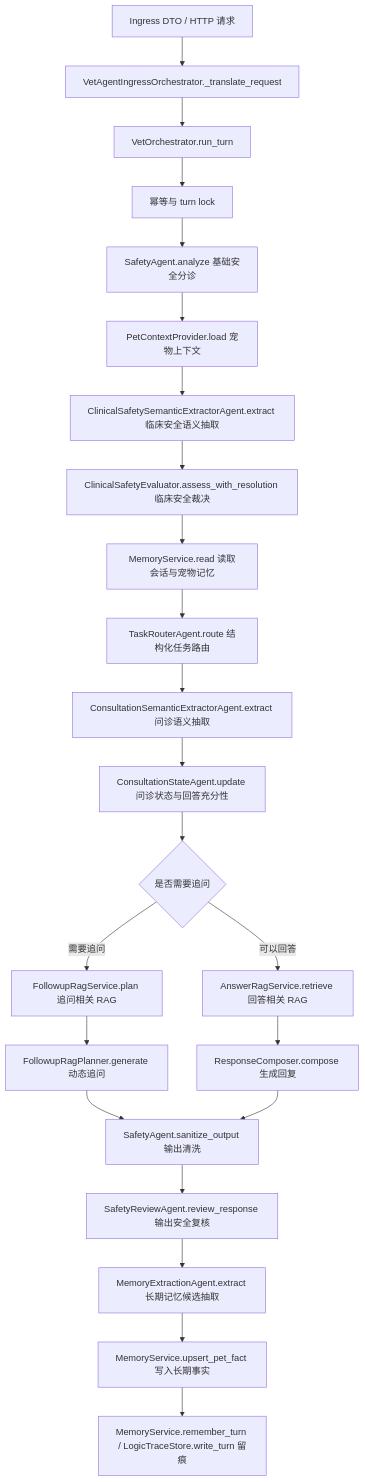
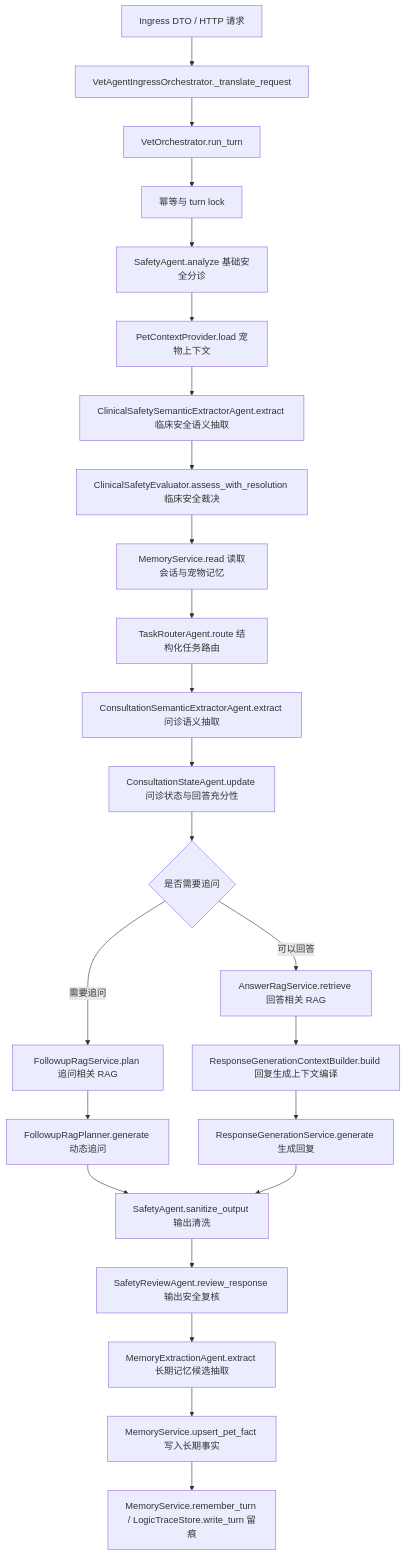
The diagram in docs/architecture/agent-middleware-migration-plan.md (vancer17/veterinary_agent), drawn with Mermaid before and after one commit. The commit also changed other lines of this file and 26 other files, not shown here.

Commit message:
feat(consultation): migrate response generation context compilation

````diff
--- a/docs/architecture/agent-middleware-migration-plan.md
+++ b/docs/architecture/agent-middleware-migration-plan.md
@@ -41,25 +41,26 @@
 ```mermaid
 flowchart TD
   A[Ingress DTO / HTTP 请求] --> B[VetAgentIngressOrchestrator._translate_request]
   B --> C[VetOrchestrator.run_turn]
   C --> D[幂等与 turn lock]
   D --> E[SafetyAgent.analyze 基础安全分诊]
   E --> F[PetContextProvider.load 宠物上下文]
   F --> G[ClinicalSafetySemanticExtractorAgent.extract 临床安全语义抽取]
   G --> H[ClinicalSafetyEvaluator.assess_with_resolution 临床安全裁决]
   H --> I[MemoryService.read 读取会话与宠物记忆]
   I --> J[TaskRouterAgent.route 结构化任务路由]
   J --> K[ConsultationSemanticExtractorAgent.extract 问诊语义抽取]
   K --> L[ConsultationStateAgent.update 问诊状态与回答充分性]
   L --> M{是否需要追问}
   M -->|需要追问| N[FollowupRagService.plan 追问相关 RAG]
   N --> O[FollowupRagPlanner.generate 动态追问]
   M -->|可以回答| P[AnswerRagService.retrieve 回答相关 RAG]
-  P --> Q[ResponseComposer.compose 生成回复]
+  P --> Q[ResponseGenerationContextBuilder.build 回复生成上下文编译]
+  Q --> Q2[ResponseGenerationService.generate 生成回复]
   O --> R[SafetyAgent.sanitize_output 输出清洗]
-  Q --> R
+  Q2 --> R
   R --> S[SafetyReviewAgent.review_response 输出安全复核]
   S --> T[MemoryExtractionAgent.extract 长期记忆候选抽取]
   T --> U[MemoryService.upsert_pet_fact 写入长期事实]
   U --> V[MemoryService.remember_turn / LogicTraceStore.write_turn 留痕]
 ```
````
